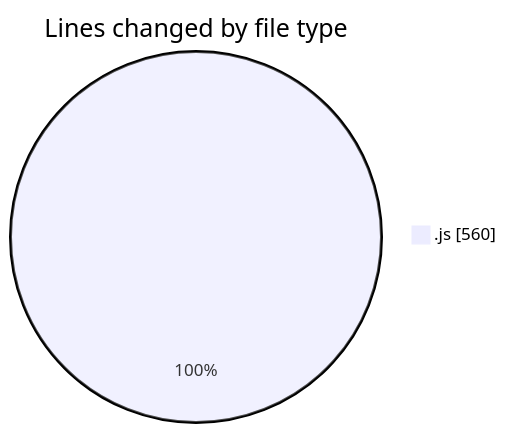
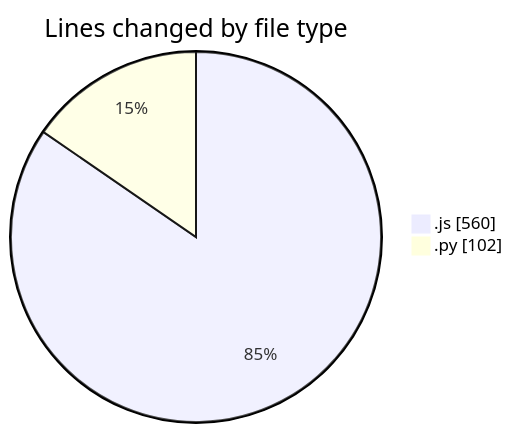
One commit to nxtqubesakshisongat/code-tracking changed the first of 2 diagrams in 2025-04-14/nxtqube_webapp/README.md. Above: the diagram before and after it, drawn with Mermaid. The commit also changed other lines of this file and 1 other file, not shown here.

````diff
--- a/2025-04-14/nxtqube_webapp/README.md
+++ b/2025-04-14/nxtqube_webapp/README.md
@@ -20,5 +21,6 @@
 ```mermaid
 pie showData
 title Lines changed by file type
 ".js" : 560
+".py" : 102
 ```
````
